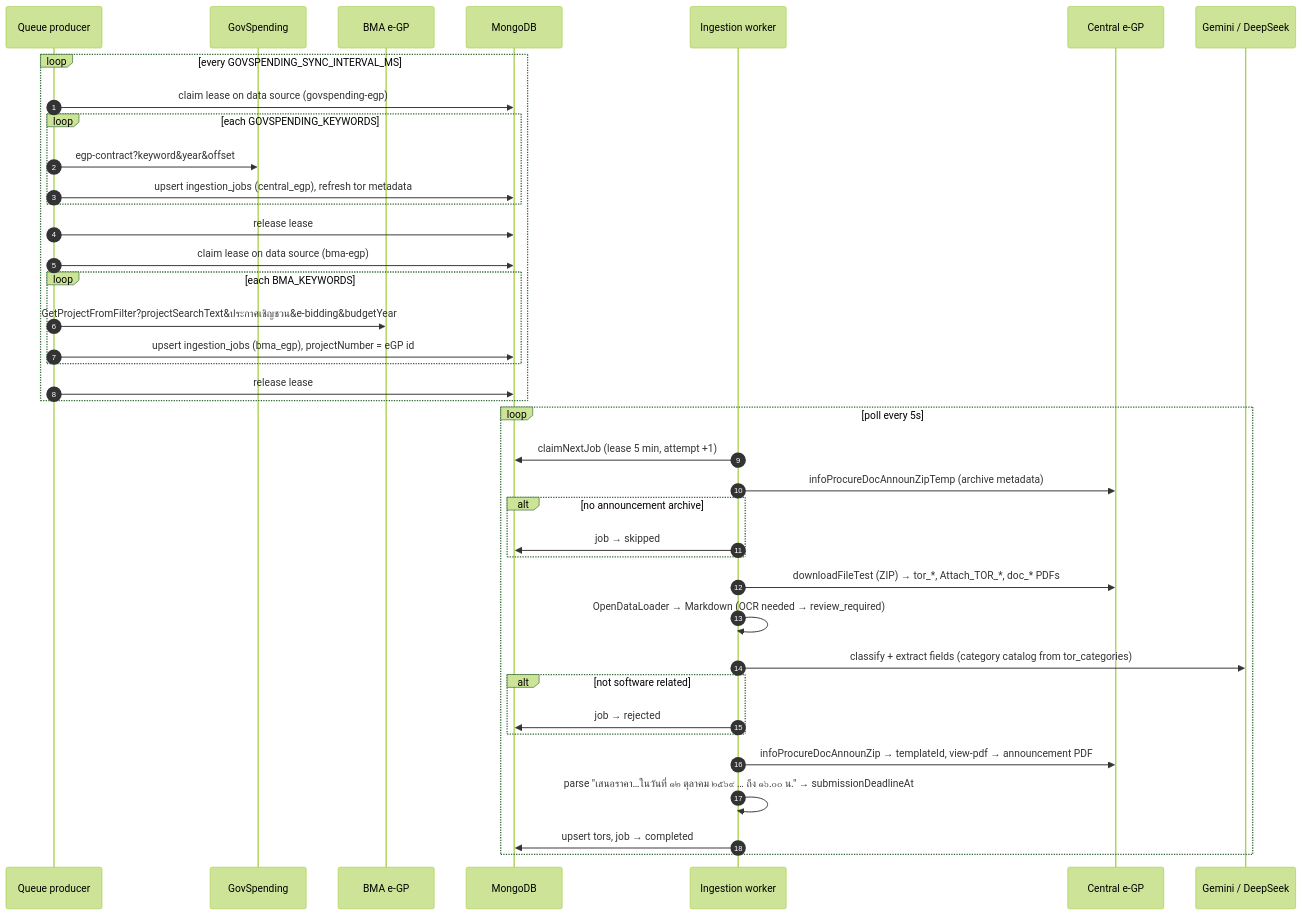
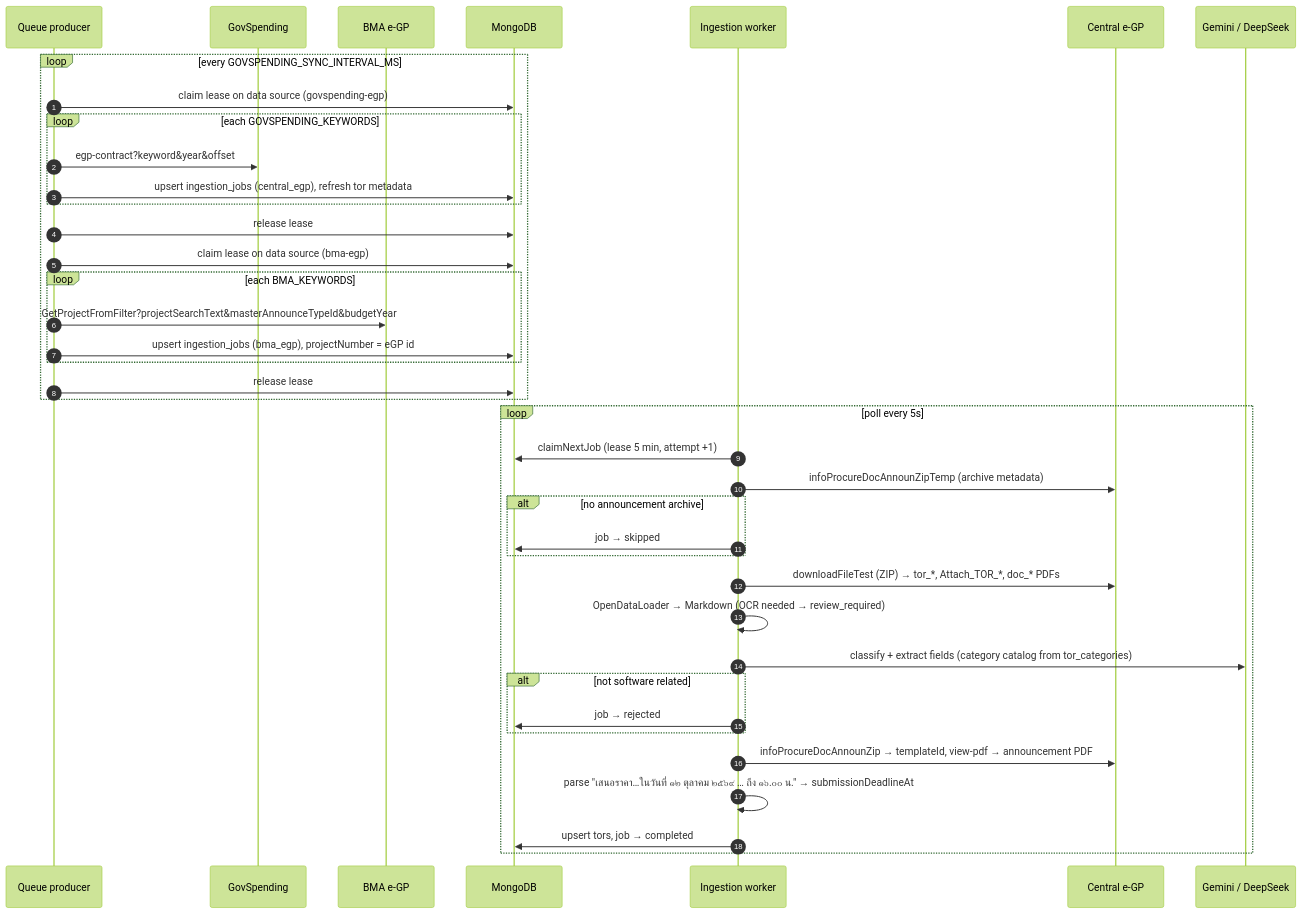
One commit to Doggo-CSP/TORPulse changed the third of 5 diagrams in docs/system-architecture.md. Above: the diagram before and after it, drawn with Mermaid (forest theme). The commit also changed other lines of this file and 22 other files, not shown here.

Commit message:
includes the fiscalYear and biddingMethod work plus the BMA refactor

````diff
--- a/docs/system-architecture.md
+++ b/docs/system-architecture.md
@@ -90,43 +90,43 @@
 ```mermaid
 sequenceDiagram
   autonumber
   participant P as Queue producer
   participant G as GovSpending
   participant B as BMA e-GP
   participant DB as MongoDB
   participant W as Ingestion worker
   participant E as Central e-GP
   participant AI as Gemini / DeepSeek
 
   loop every GOVSPENDING_SYNC_INTERVAL_MS
     P->>DB: claim lease on data source (govspending-egp)
     loop each GOVSPENDING_KEYWORDS
       P->>G: egp-contract?keyword&year&offset
       P->>DB: upsert ingestion_jobs (central_egp), refresh tor metadata
     end
     P->>DB: release lease
     P->>DB: claim lease on data source (bma-egp)
     loop each BMA_KEYWORDS
-      P->>B: GetProjectFromFilter?projectSearchText&ประกาศเชิญชวน&e-bidding&budgetYear
+      P->>B: GetProjectFromFilter?projectSearchText&masterAnnounceTypeId&budgetYear
       P->>DB: upsert ingestion_jobs (bma_egp), projectNumber = eGP id
     end
     P->>DB: release lease
   end
 
   loop poll every 5s
     W->>DB: claimNextJob (lease 5 min, attempt +1)
     W->>E: infoProcureDocAnnounZipTemp (archive metadata)
     alt no announcement archive
       W->>DB: job → skipped
     end
     W->>E: downloadFileTest (ZIP) → tor_*, Attach_TOR_*, doc_* PDFs
     W->>W: OpenDataLoader → Markdown (OCR needed → review_required)
     W->>AI: classify + extract fields (category catalog from tor_categories)
     alt not software related
       W->>DB: job → rejected
     end
     W->>E: infoProcureDocAnnounZip → templateId, view-pdf → announcement PDF
     W->>W: parse "เสนอราคา…ในวันที่ ๑๒ ตุลาคม ๒๕๖๙ … ถึง ๑๖.๐๐ น." → submissionDeadlineAt
     W->>DB: upsert tors, job → completed
   end
 ```
````
